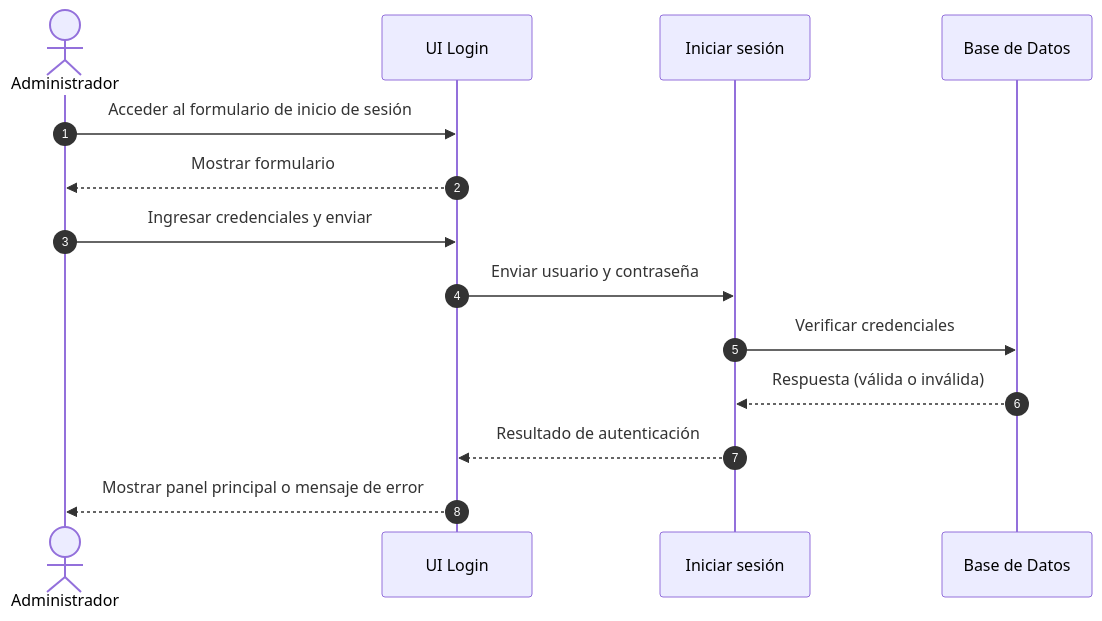
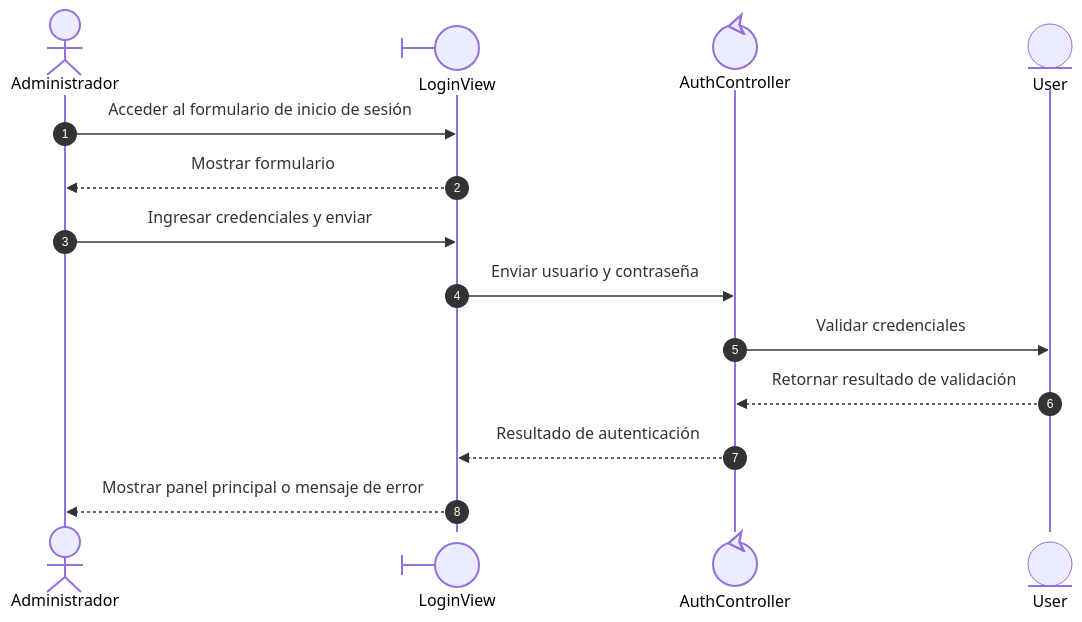
The first of 7 diagrams in README.md (MAYnerAC/proyecto-clt), drawn with Mermaid before and after one commit. The commit also changed other lines of this file, not shown here.

Commit message:
Diagramas - Observaciones

````diff
--- a/README.md
+++ b/README.md
@@ -17,18 +17,23 @@
 ```mermaid
 sequenceDiagram
     autonumber
-    actor A1 as Administrador
-    participant UI_Login as UI Login
-    participant Iniciar_Sesion as Iniciar sesión
-    participant BD as Base de Datos
 
-    A1 ->> UI_Login: Acceder al formulario de inicio de sesión
-    UI_Login -->> A1: Mostrar formulario
-    A1 ->> UI_Login: Ingresar credenciales y enviar
-    UI_Login ->> Iniciar_Sesion: Enviar usuario y contraseña
-    Iniciar_Sesion ->> BD: Verificar credenciales
-    BD -->> Iniciar_Sesion: Respuesta (válida o inválida)
-    Iniciar_Sesion -->> UI_Login: Resultado de autenticación
-    UI_Login -->> A1: Mostrar panel principal o mensaje de error
+    actor Administrador
+
+    participant LoginView@{ "type": "boundary" }
+    participant AuthController@{ "type": "control" }
+    participant User@{ "type": "entity" }
+
+    Administrador ->> LoginView: Acceder al formulario de inicio de sesión
+    LoginView -->> Administrador: Mostrar formulario
+
+    Administrador ->> LoginView: Ingresar credenciales y enviar
+    LoginView ->> AuthController: Enviar usuario y contraseña
+
+    AuthController ->> User: Validar credenciales
+    User -->> AuthController: Retornar resultado de validación
+
+    AuthController -->> LoginView: Resultado de autenticación
+    LoginView -->> Administrador: Mostrar panel principal o mensaje de error
 
 ```
````
